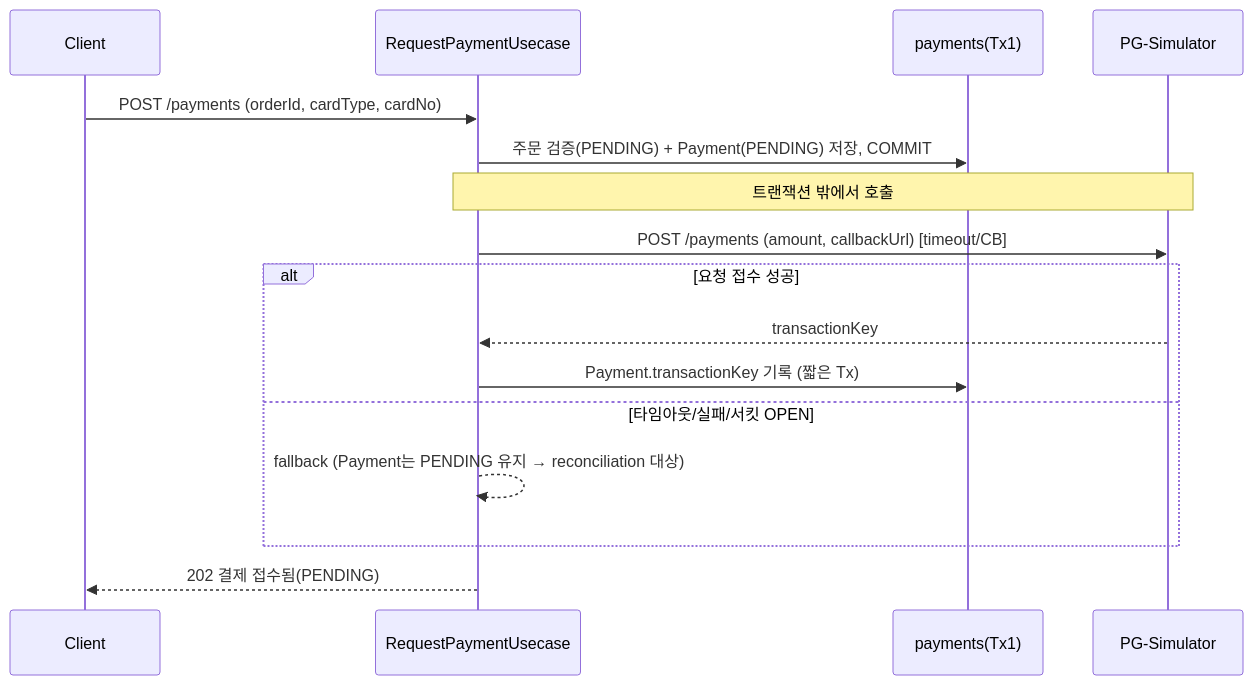
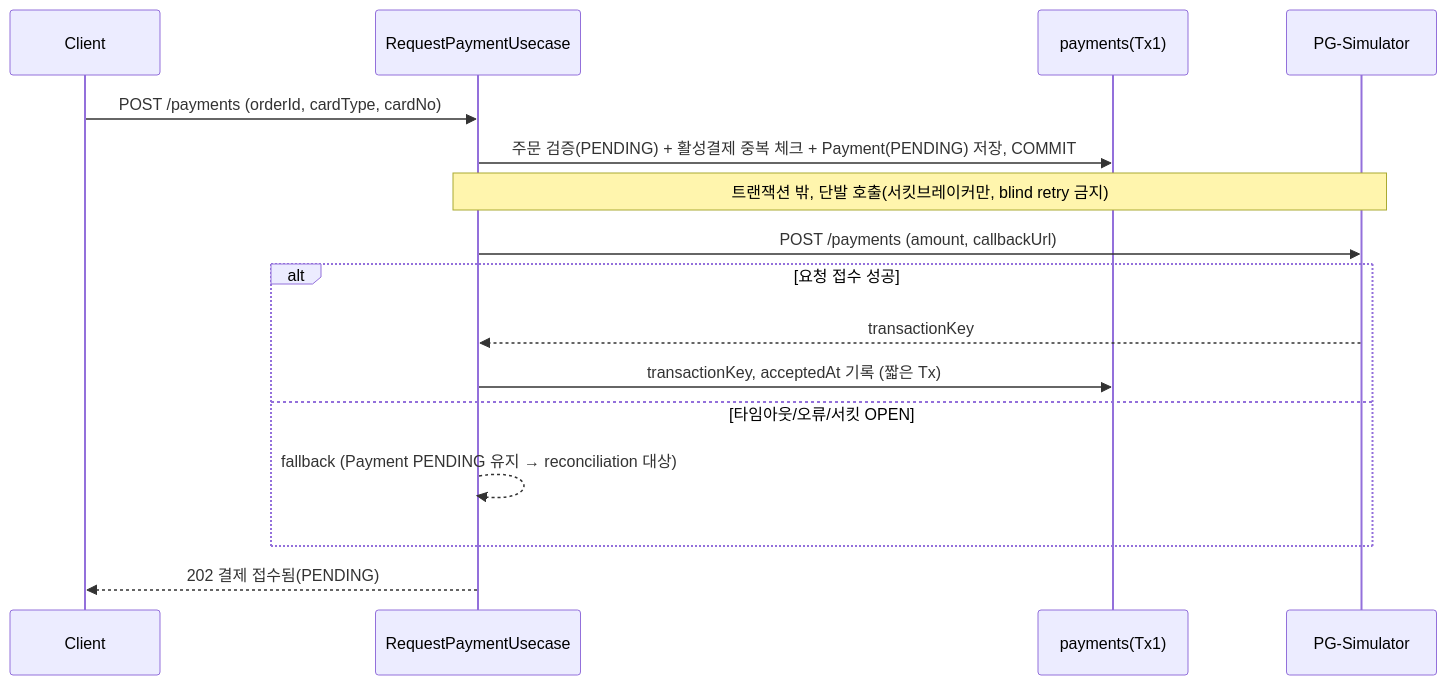
Before and after one commit to loopers-labs/loop-pack-be-l2-vol4-kotlin: the third of 5 diagrams in docs/payment/round6-payment-integration.md, drawn with Mermaid. The commit also changed other lines of this file, not shown here.

First line of the commit message:
docs: revise round6 payment design per review (R1-R7)

````diff
--- a/docs/payment/round6-payment-integration.md
+++ b/docs/payment/round6-payment-integration.md
@@ -67,19 +73,19 @@
 ```mermaid
 sequenceDiagram
     participant Client
     participant UC as RequestPaymentUsecase
     participant DB as payments(Tx1)
     participant PG as PG-Simulator
 
     Client->>UC: POST /payments (orderId, cardType, cardNo)
-    UC->>DB: 주문 검증(PENDING) + Payment(PENDING) 저장, COMMIT
-    Note over UC,PG: 트랜잭션 밖에서 호출
-    UC->>PG: POST /payments (amount, callbackUrl) [timeout/CB]
+    UC->>DB: 주문 검증(PENDING) + 활성결제 중복 체크 + Payment(PENDING) 저장, COMMIT
+    Note over UC,PG: 트랜잭션 밖, 단발 호출(서킷브레이커만, blind retry 금지)
+    UC->>PG: POST /payments (amount, callbackUrl)
     alt 요청 접수 성공
         PG-->>UC: transactionKey
-        UC->>DB: Payment.transactionKey 기록 (짧은 Tx)
-    else 타임아웃/실패/서킷 OPEN
-        UC-->>UC: fallback (Payment는 PENDING 유지 → reconciliation 대상)
+        UC->>DB: transactionKey, acceptedAt 기록 (짧은 Tx)
+    else 타임아웃/오류/서킷 OPEN
+        UC-->>UC: fallback (Payment PENDING 유지 → reconciliation 대상)
     end
     UC-->>Client: 202 결제 접수됨(PENDING)
 ```
````
